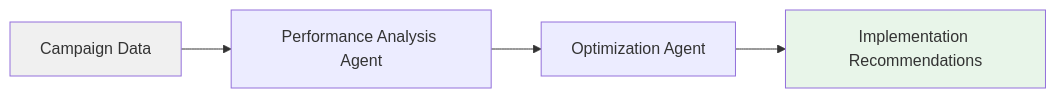
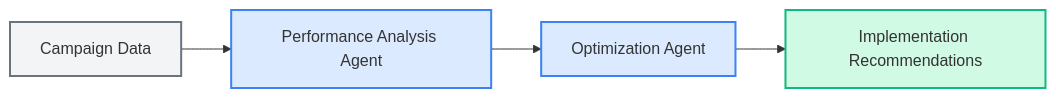
One commit to lraigosov/multi-agent changed the second of 3 diagrams in README.md. Above: the diagram before and after it, drawn with Mermaid. The commit also changed other lines of this file, not shown here.

Commit message:
style: Improve diagram colors for better GitHub readability

````diff
--- a/README.md
+++ b/README.md
@@ -581,9 +588,11 @@
 ```mermaid
 graph LR
     A[Campaign Data] --> B[Performance Analysis Agent]
     B --> C[Optimization Agent]
     C --> D[Implementation Recommendations]
     
-    style A fill:#f0f0f0
-    style D fill:#e8f5e9
+    style A fill:#f3f4f6,stroke:#6b7280,stroke-width:2px
+    style B fill:#dbeafe,stroke:#3b82f6,stroke-width:2px
+    style C fill:#dbeafe,stroke:#3b82f6,stroke-width:2px
+    style D fill:#d1fae5,stroke:#10b981,stroke-width:2px
 ```
````
